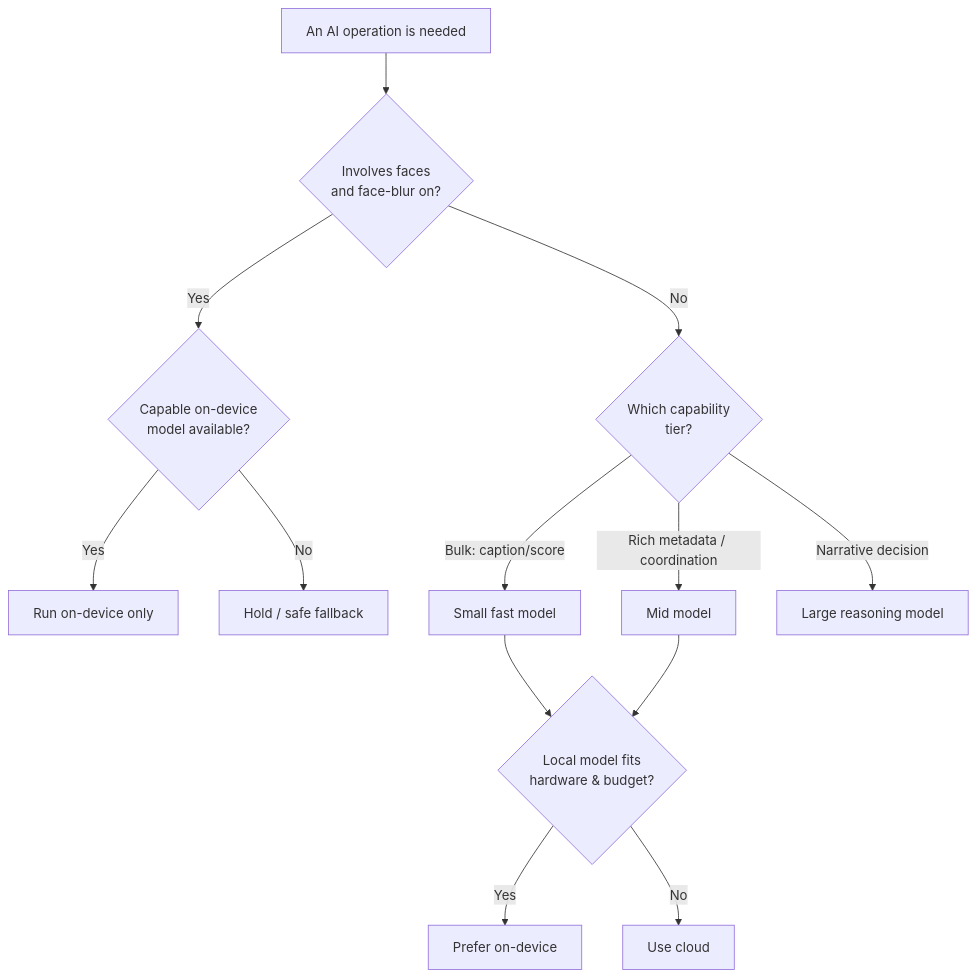
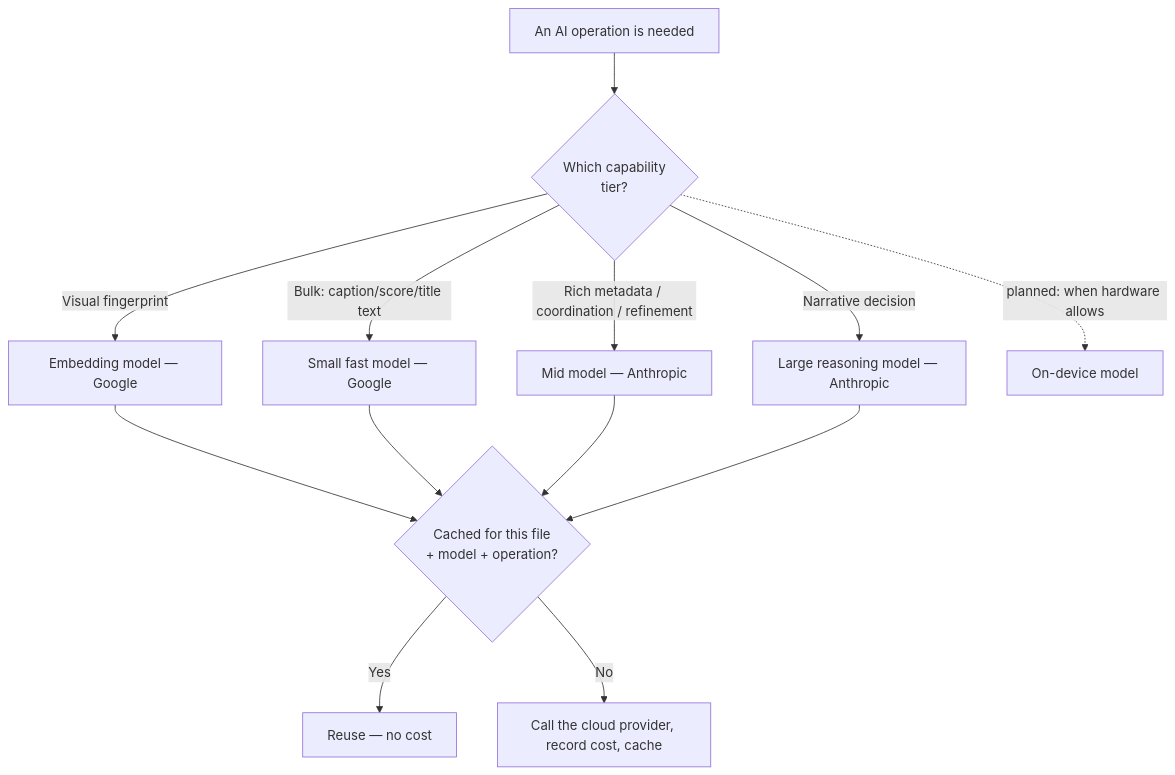
One commit to khoks/impact-crater changed the fourth of 5 diagrams in docs/OVERVIEW.md. Above: the diagram before and after it, drawn with Mermaid. The commit also changed other lines of this file and 19 other files, not shown here.

````diff
--- a/docs/OVERVIEW.md
+++ b/docs/OVERVIEW.md
@@ -388,15 +454,15 @@
 ```mermaid
 flowchart TD
-    OP[An AI operation is needed] --> PRIV{Involves faces<br/>and face-blur on?}
-    PRIV -->|Yes| LOCALOK{Capable on-device<br/>model available?}
-    LOCALOK -->|Yes| LOCAL[Run on-device only]
-    LOCALOK -->|No| DEGRADE[Hold / safe fallback]
-    PRIV -->|No| TIER{Which capability<br/>tier?}
-    TIER -->|Bulk: caption/score| SMALL[Small fast model]
-    TIER -->|Rich metadata / coordination| MED[Mid model]
-    TIER -->|Narrative decision| LARGE[Large reasoning model]
-    SMALL --> HW{Local model fits<br/>hardware & budget?}
-    MED --> HW
-    HW -->|Yes| RUNLOCAL[Prefer on-device]
-    HW -->|No| RUNCLOUD[Use cloud]
+    OP[An AI operation is needed] --> TIER{Which capability<br/>tier?}
+    TIER -->|Visual fingerprint| EMB[Embedding model — Google]
+    TIER -->|Bulk: caption/score/title text| SMALL[Small fast model — Google]
+    TIER -->|Rich metadata / coordination / refinement| MED[Mid model — Anthropic]
+    TIER -->|Narrative decision| LARGE[Large reasoning model — Anthropic]
+    EMB --> CACHE
+    SMALL --> CACHE
+    MED --> CACHE
+    LARGE --> CACHE{Cached for this file<br/>+ model + operation?}
+    CACHE -->|Yes| HIT[Reuse — no cost]
+    CACHE -->|No| CALL[Call the cloud provider, record cost, cache]
+    TIER -. planned: when hardware allows .-> LOCAL[On-device model]
 ```
````
